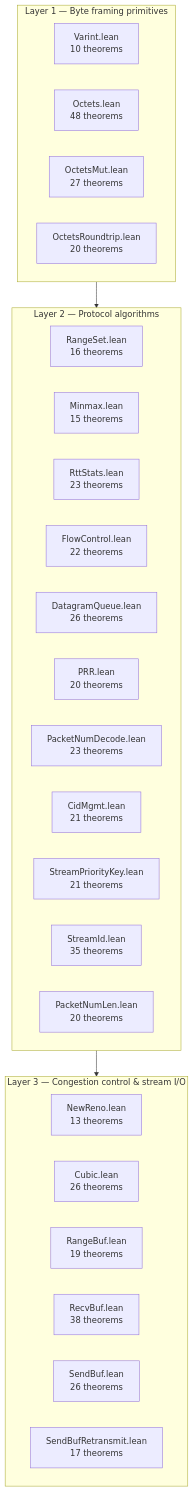
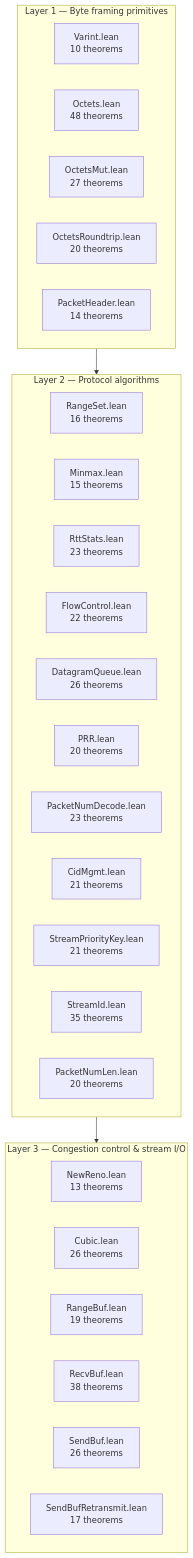
One commit to dsyme/quiche changed the first of 7 diagrams in formal-verification/REPORT.md. Above: the diagram before and after it, drawn with Mermaid. The commit also changed other lines of this file and 2 other files, not shown here.

````diff
--- a/formal-verification/REPORT.md
+++ b/formal-verification/REPORT.md
@@ -37,32 +40,33 @@
 ```mermaid
 graph TD
     subgraph L1["Layer 1 — Byte framing primitives"]
         Varint["Varint.lean<br/>10 theorems"]
         Octets["Octets.lean<br/>48 theorems"]
         OctetsMut["OctetsMut.lean<br/>27 theorems"]
         OctetsRT["OctetsRoundtrip.lean<br/>20 theorems"]
+        PacketHeader["PacketHeader.lean<br/>14 theorems"]
     end
     subgraph L2["Layer 2 — Protocol algorithms"]
         RangeSet["RangeSet.lean<br/>16 theorems"]
         Minmax["Minmax.lean<br/>15 theorems"]
         RttStats["RttStats.lean<br/>23 theorems"]
         FlowControl["FlowControl.lean<br/>22 theorems"]
         DatagramQueue["DatagramQueue.lean<br/>26 theorems"]
         PRR["PRR.lean<br/>20 theorems"]
         PacketNumDecode["PacketNumDecode.lean<br/>23 theorems"]
         CidMgmt["CidMgmt.lean<br/>21 theorems"]
         StreamPriorityKey["StreamPriorityKey.lean<br/>21 theorems"]
         StreamId["StreamId.lean<br/>35 theorems"]
         PacketNumLen["PacketNumLen.lean<br/>20 theorems"]
     end
     subgraph L3["Layer 3 — Congestion control & stream I/O"]
         NewReno["NewReno.lean<br/>13 theorems"]
         Cubic["Cubic.lean<br/>26 theorems"]
         RangeBuf["RangeBuf.lean<br/>19 theorems"]
         RecvBuf["RecvBuf.lean<br/>38 theorems"]
         SendBuf["SendBuf.lean<br/>26 theorems"]
         SendBufRT["SendBufRetransmit.lean<br/>17 theorems"]
     end
     L1 --> L2
     L2 --> L3
 ```
````
